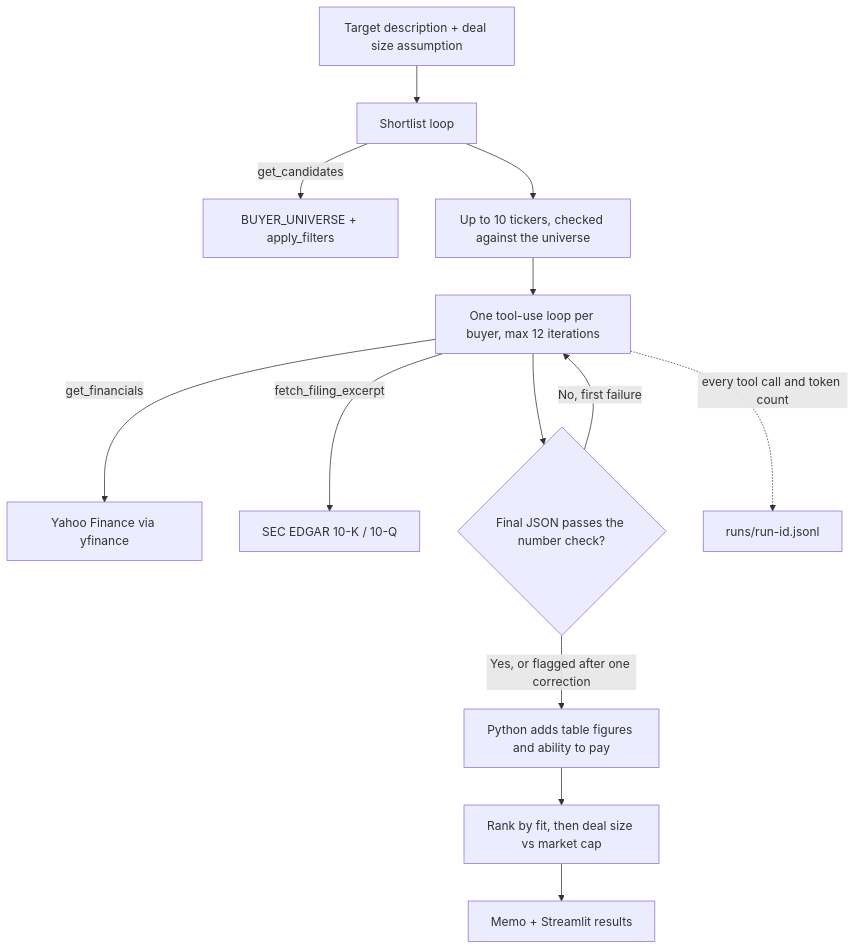
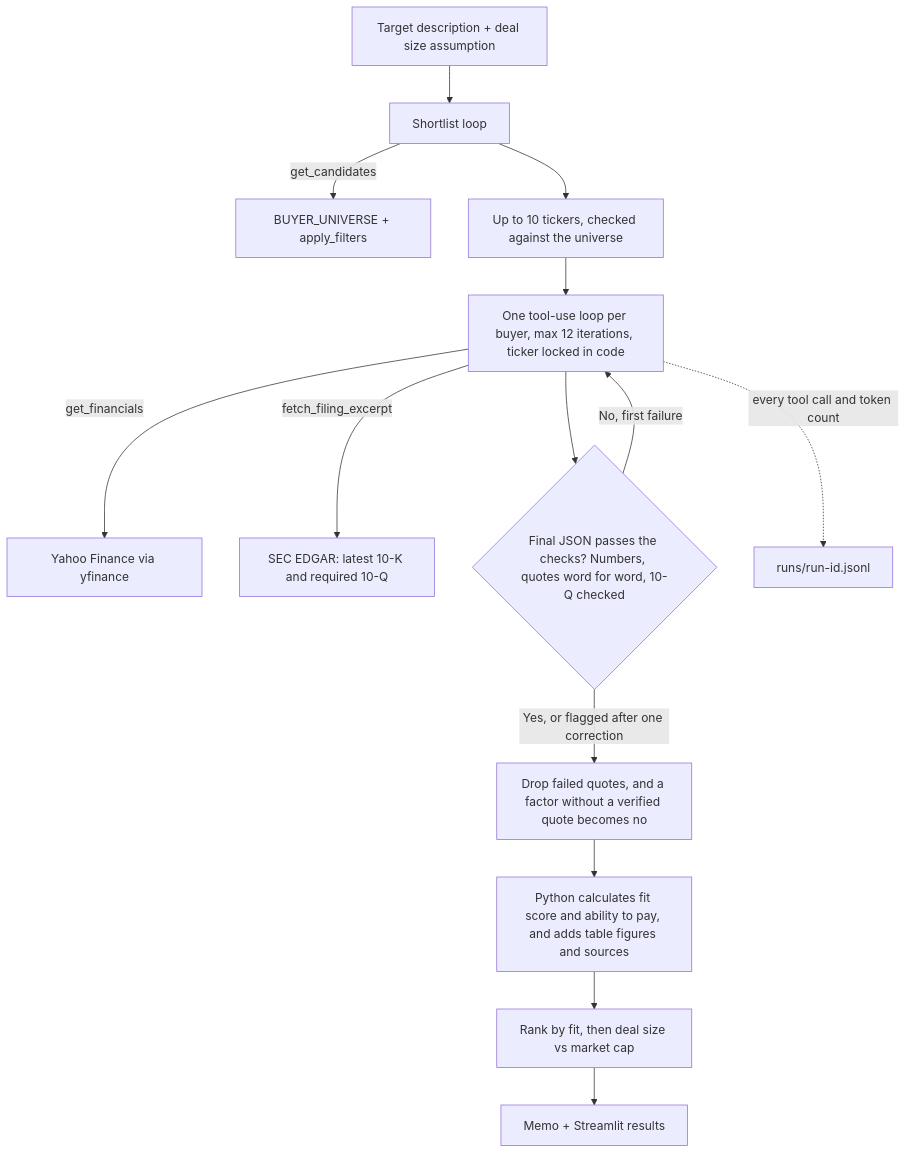
The diagram in README.md (edricwidjajaliem-ux/ma-screener), drawn with Mermaid before and after one commit. The commit also changed other lines of this file, not shown here.

Commit message:
Update README diagram and file table
The diagram still showed only the number check, and the file table
missed files added since the agent shipped.

````diff
--- a/README.md
+++ b/README.md
@@ -37,15 +37,16 @@
 ```mermaid
 flowchart TD
     A[Target description + deal size assumption] --> B[Shortlist loop]
     B -->|get_candidates| C[BUYER_UNIVERSE + apply_filters]
     B --> D[Up to 10 tickers, checked against the universe]
-    D --> E[One tool-use loop per buyer, max 12 iterations]
+    D --> E[One tool-use loop per buyer, max 12 iterations, ticker locked in code]
     E -->|get_financials| F[Yahoo Finance via yfinance]
-    E -->|fetch_filing_excerpt| G[SEC EDGAR 10-K / 10-Q]
-    E --> H{Final JSON passes the number check?}
+    E -->|fetch_filing_excerpt| G[SEC EDGAR: latest 10-K and required 10-Q]
+    E --> H{Final JSON passes the checks? Numbers, quotes word for word, 10-Q checked}
     H -->|No, first failure| E
-    H -->|Yes, or flagged after one correction| I[Python adds table figures and ability to pay]
-    I --> J[Rank by fit, then deal size vs market cap]
-    J --> K[Memo + Streamlit results]
-    E -. every tool call and token count .-> L[runs/run-id.jsonl]
+    H -->|Yes, or flagged after one correction| I[Drop failed quotes, and a factor without a verified quote becomes no]
+    I --> J[Python calculates fit score and ability to pay, and adds table figures and sources]
+    J --> K[Rank by fit, then deal size vs market cap]
+    K --> L[Memo + Streamlit results]
+    E -. every tool call and token count .-> M[runs/run-id.jsonl]
 ```
````
